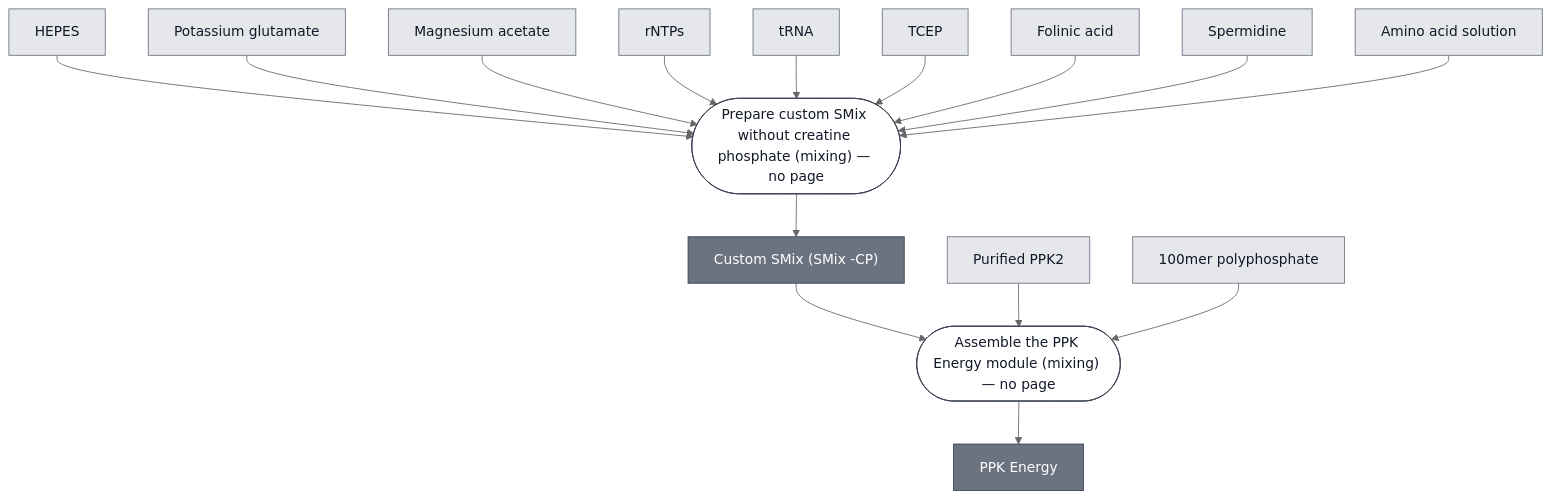
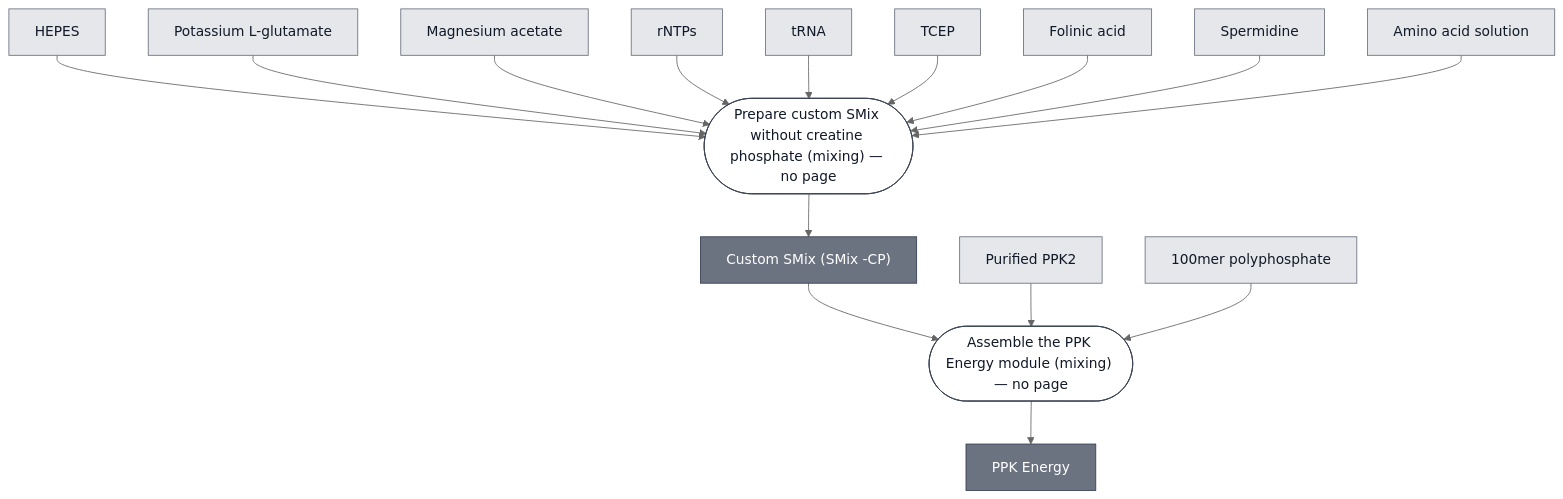
One commit to nucleus-eng/nucleus-docs changed the diagram in docs/modules/energy-ppk/spec.md. Above: the diagram before and after it, drawn with Mermaid (neutral theme). The commit also changed 15 other files, not shown here.

````diff
--- a/docs/modules/energy-ppk/spec.md
+++ b/docs/modules/energy-ppk/spec.md
@@ -29,45 +29,45 @@
 ```mermaid
 flowchart TD
     HEPES["HEPES"]
-    POTASSIUM_GLUTAMATE["Potassium glutamate"]
+    POTASSIUM_GLUTAMATE["Potassium L-glutamate"]
     MAGNESIUM_ACETATE["Magnesium acetate"]
     RNTPS["rNTPs"]
     TRNA["tRNA"]
     TCEP["TCEP"]
     FOLINIC_ACID["Folinic acid"]
     SPERMIDINE["Spermidine"]
     AMINO_ACID_SOLUTION["Amino acid solution"]
     PPK2["Purified PPK2"]
     POLYPHOSPHATE_100MER["100mer polyphosphate"]
 
     P1_PREPARE_CUSTOM_SMIX_0(["Prepare custom SMix without creatine phosphate (mixing) — no page"])
     SMIX_MINUS_CP["Custom SMix (SMix -CP)"]
     P2_ADD_THE_SUPPLIED_COMPONENTS_0(["Assemble the PPK Energy module (mixing) — no page"])
     ENERGY_PPK["PPK Energy"]
 
     HEPES --> P1_PREPARE_CUSTOM_SMIX_0
     POTASSIUM_GLUTAMATE --> P1_PREPARE_CUSTOM_SMIX_0
     MAGNESIUM_ACETATE --> P1_PREPARE_CUSTOM_SMIX_0
     RNTPS --> P1_PREPARE_CUSTOM_SMIX_0
     TRNA --> P1_PREPARE_CUSTOM_SMIX_0
     TCEP --> P1_PREPARE_CUSTOM_SMIX_0
     FOLINIC_ACID --> P1_PREPARE_CUSTOM_SMIX_0
     SPERMIDINE --> P1_PREPARE_CUSTOM_SMIX_0
     AMINO_ACID_SOLUTION --> P1_PREPARE_CUSTOM_SMIX_0
     P1_PREPARE_CUSTOM_SMIX_0 --> SMIX_MINUS_CP
 
     SMIX_MINUS_CP --> P2_ADD_THE_SUPPLIED_COMPONENTS_0
     PPK2 --> P2_ADD_THE_SUPPLIED_COMPONENTS_0
     POLYPHOSPHATE_100MER --> P2_ADD_THE_SUPPLIED_COMPONENTS_0
     P2_ADD_THE_SUPPLIED_COMPONENTS_0 --> ENERGY_PPK
 
 
     classDef leaf     fill:#e5e7eb,stroke:#6b7280,color:#111827;
     classDef composed fill:#6b7280,stroke:#374151,color:#ffffff;
     classDef process  fill:#ffffff,stroke:#374151,color:#111827;
     class HEPES,POTASSIUM_GLUTAMATE,MAGNESIUM_ACETATE,RNTPS,TRNA,TCEP,FOLINIC_ACID,SPERMIDINE,AMINO_ACID_SOLUTION,PPK2,POLYPHOSPHATE_100MER leaf;
     class SMIX_MINUS_CP,ENERGY_PPK composed;
     class P1_PREPARE_CUSTOM_SMIX_0,P2_ADD_THE_SUPPLIED_COMPONENTS_0 process;
 
     click ENERGY_PPK "/docs/modules/energy-ppk/spec"
 ```
````
